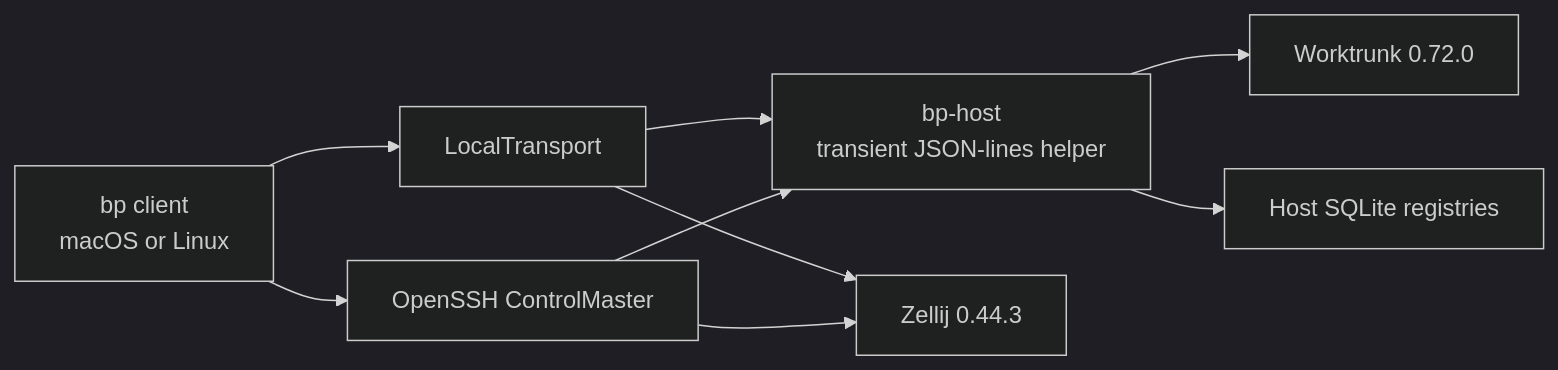
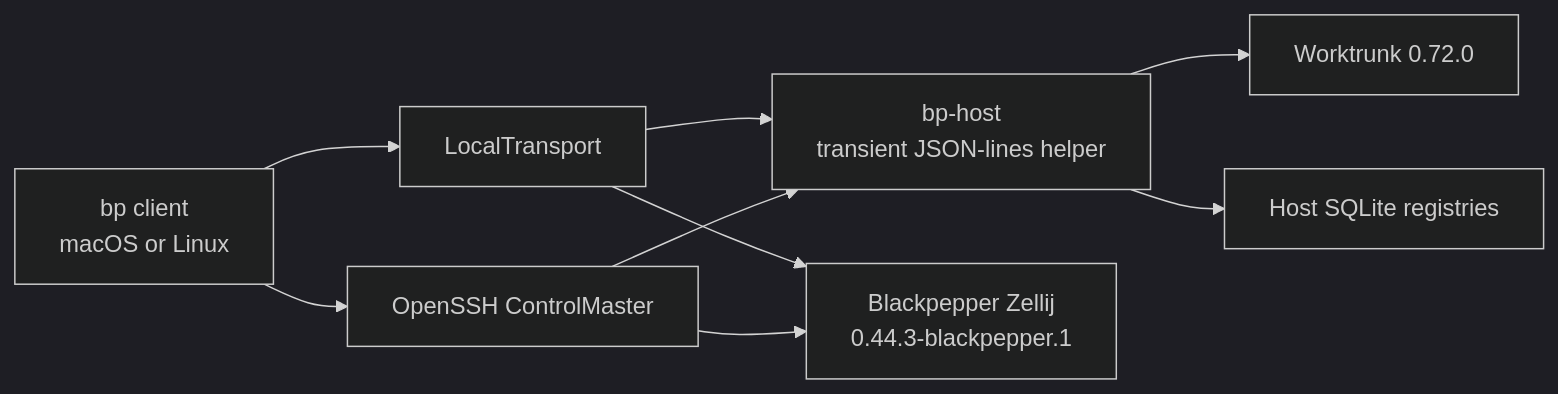
The diagram in ARCHITECTURE.md (sudhanshug16/blackpepper), drawn with Mermaid (dark theme) before and after one commit. The commit also changed other lines of this file and 29 other files, not shown here.

````diff
--- a/ARCHITECTURE.md
+++ b/ARCHITECTURE.md
@@ -13,19 +13,19 @@
 ```mermaid
 flowchart LR
     C["bp client\nmacOS or Linux"]
     LT["LocalTransport"]
     SSH["OpenSSH ControlMaster"]
     H["bp-host\ntransient JSON-lines helper"]
-    Z["Zellij 0.44.3"]
+    Z["Blackpepper Zellij\n0.44.3-blackpepper.1"]
     WT["Worktrunk 0.72.0"]
     DB["Host SQLite registries"]
 
     C --> LT
     C --> SSH
     LT --> H
     SSH --> H
     LT --> Z
     SSH --> Z
     H --> WT
     H --> DB
 ```
````
